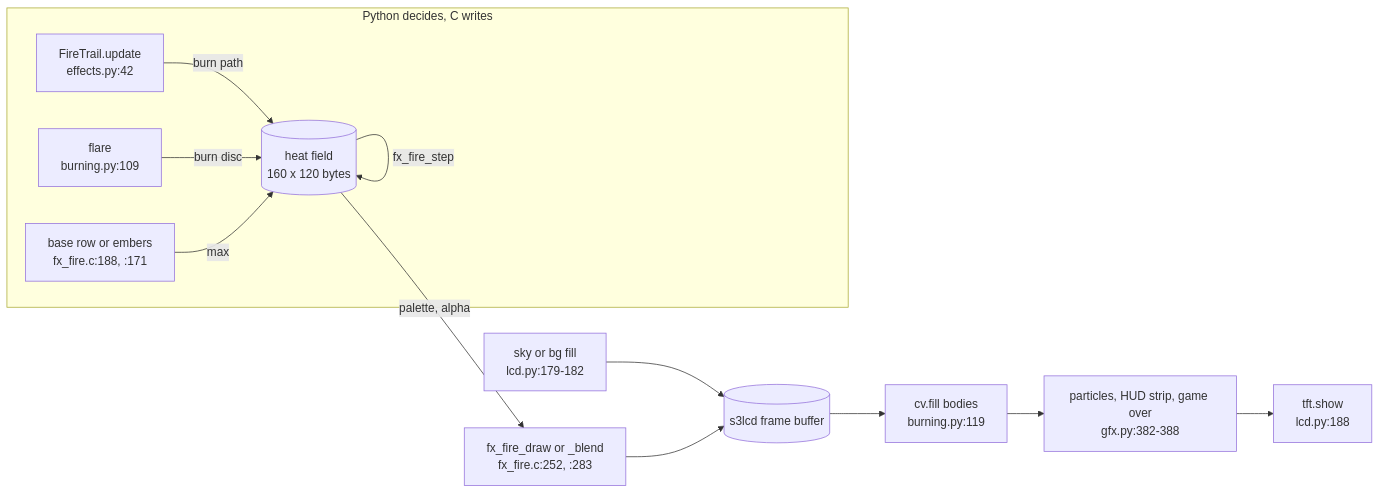
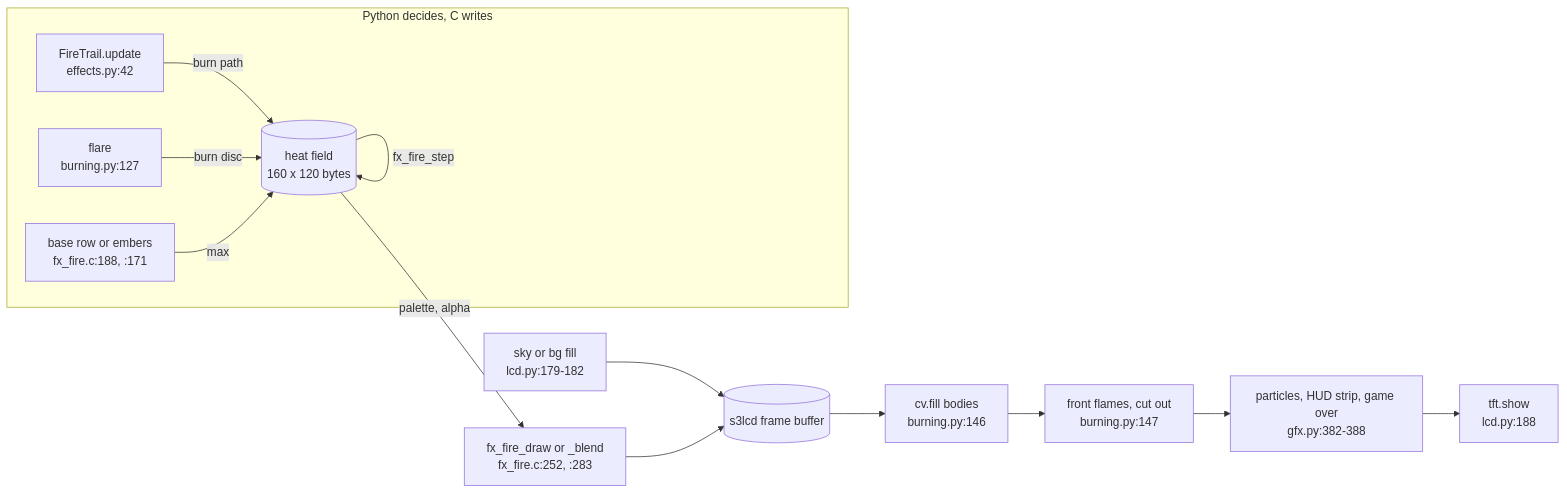
One commit to xmejkal/pixel-games changed the first of 5 diagrams in docs/engine-deep-dives.md. Above: the diagram before and after it, drawn with Mermaid. The commit also changed other lines of this file and 3 other files, not shown here.

````diff
--- a/docs/engine-deep-dives.md
+++ b/docs/engine-deep-dives.md
@@ -71,13 +72,13 @@
 ```mermaid
 flowchart LR
     subgraph writers [Python decides, C writes]
         T[FireTrail.update<br/>effects.py:42] -->|burn path| F
-        L[flare<br/>burning.py:109] -->|burn disc| F
+        L[flare<br/>burning.py:127] -->|burn disc| F
         B[base row or embers<br/>fx_fire.c:188, :171] -->|max| F
     end
     F[(heat field<br/>160 x 120 bytes)] -->|fx_fire_step| F
     F -->|palette, alpha| D[fx_fire_draw or _blend<br/>fx_fire.c:252, :283]
     S[sky or bg fill<br/>lcd.py:179-182] --> P[(s3lcd frame buffer)]
     D --> P
-    P --> O[cv.fill bodies<br/>burning.py:119] --> Q[particles, HUD strip, game over<br/>gfx.py:382-388] --> W[tft.show<br/>lcd.py:188]
+    P --> O[cv.fill bodies<br/>burning.py:146] --> R[front flames, cut out<br/>burning.py:147] --> Q[particles, HUD strip, game over<br/>gfx.py:382-388] --> W[tft.show<br/>lcd.py:188]
 ```
````
